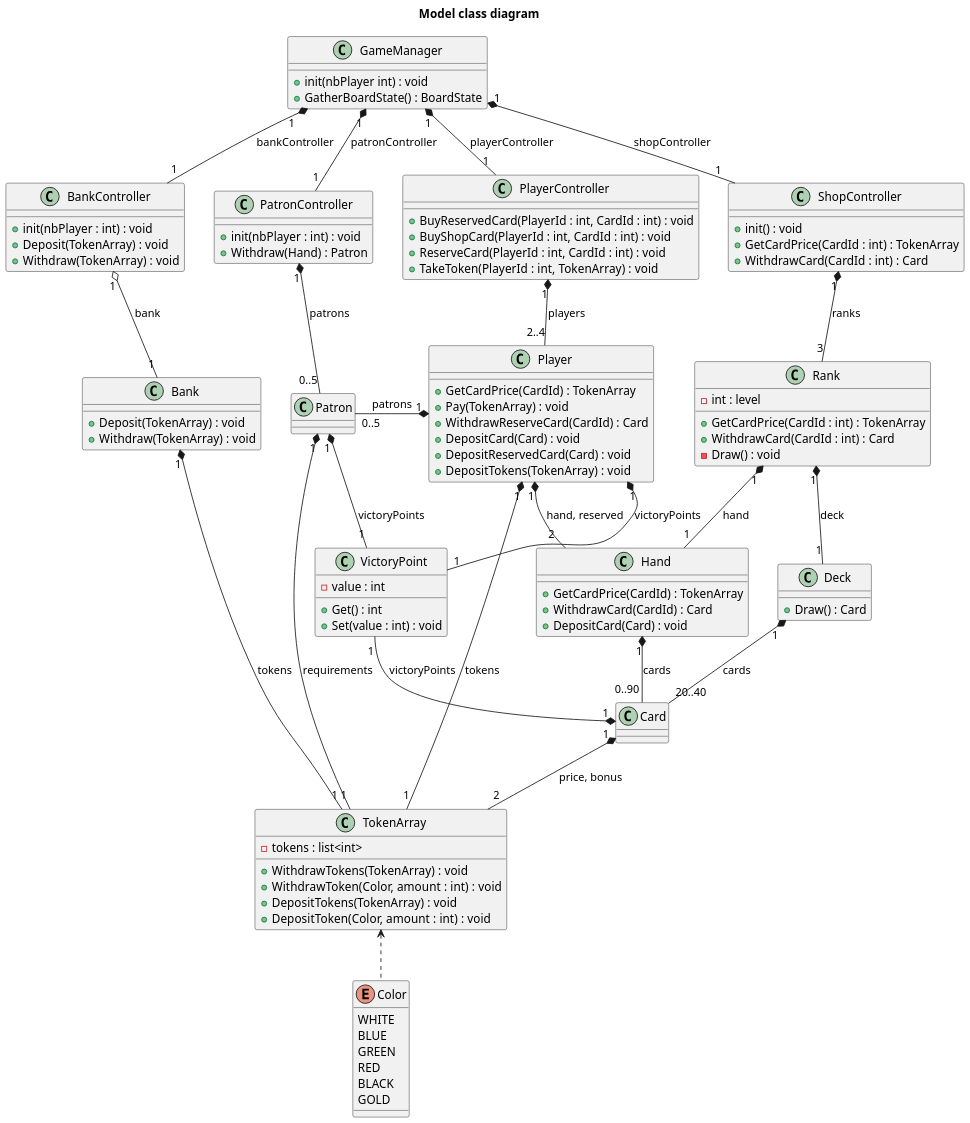
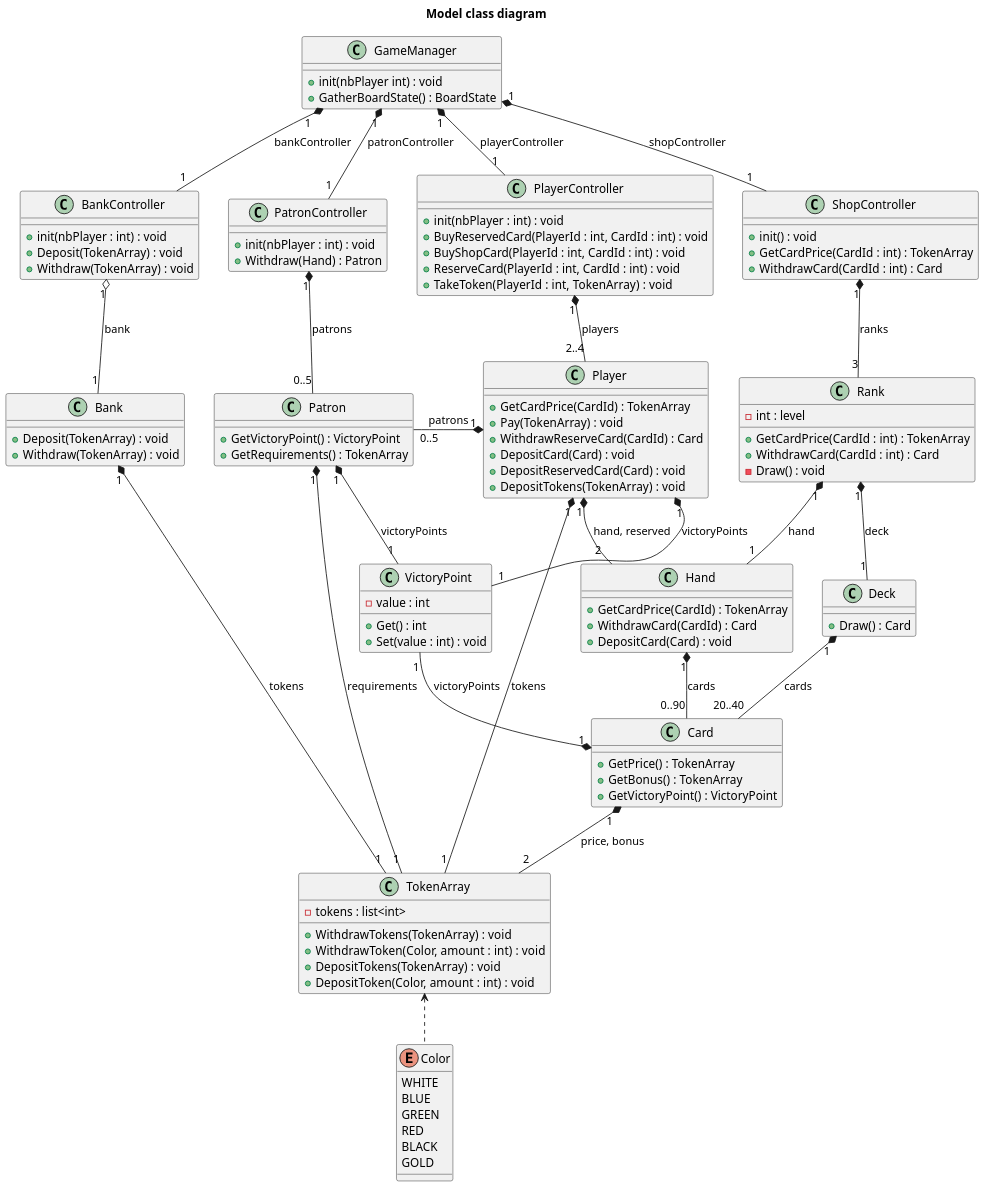
One commit to kalharko/splendia changed the diagram in Technical Specifications/ClassDiagram.puml. Above: the diagram before and after it, drawn with PlantUML.

Commit message:
:ambulance: missing method in class diagram

```diff
--- a/Technical Specifications/ClassDiagram.puml
+++ b/Technical Specifications/ClassDiagram.puml
@@ -1,138 +1,150 @@
 @startuml classDiagram
 title Model class diagram
 scale 1.5
 
 GameManager "1" *-- "1" BankController : bankController
 GameManager "1" *-- "1" PatronController : patronController
 GameManager "1" *-- "1" PlayerController : playerController
 GameManager "1" *-- "1" ShopController : shopController
 
 BankController "1" o-down- "1" Bank : bank
 Bank "1" *-- "1" TokenArray : tokens
 
 PatronController "1" *-- "0..5" Patron : patrons
 Patron "1" *-- "1" TokenArray : requirements
 
 PlayerController "1" *-- "2..4" Player : players
 Player "1" *-- "1" TokenArray : tokens
 Player "1" *-- "2" Hand : hand, reserved
 Player "1" *-- "0..5" Patron : patrons
 
 ShopController "1" *-- "3" Rank : ranks
 Rank "1" *-- "1" Hand : hand
 Rank "1" *-- "1" Deck : deck
 
 Deck "1" *-- "20..40" Card : cards
 Hand "1" *-- "0..90" Card : cards
 
 Card "1" *-- "2" TokenArray : price, bonus
 TokenArray <.. Color
 
 
 BankController .r[hidden]. PatronController
 PatronController .r[hidden]. PlayerController
 PlayerController .r[hidden]. ShopController
 
 Bank .r[hidden]. Patron
 Patron .r[hidden]. Player
 Player .r[hidden]. Rank
 
 VictoryPoint .r[hidden]. Hand
 VictoryPoint "1" -[norank]-* "1" Patron : victoryPoints
 VictoryPoint "1" -[norank]-* "1" Card : victoryPoints
 VictoryPoint "1" -[norank]-* "1" Player : victoryPoints
 
 
 
 
 class GameManager {
     +init(nbPlayer int) : void
     +GatherBoardState() : BoardState
 }
 
 
 class BankController {
     +init(nbPlayer : int) : void
     +Deposit(TokenArray) : void
     +Withdraw(TokenArray) : void
 }
 
 class PatronController {
     +init(nbPlayer : int) : void
     +Withdraw(Hand) : Patron
 }
 
 class PlayerController {
+    +init(nbPlayer : int) : void
     +BuyReservedCard(PlayerId : int, CardId : int) : void
     +BuyShopCard(PlayerId : int, CardId : int) : void
     +ReserveCard(PlayerId : int, CardId : int) : void
     +TakeToken(PlayerId : int, TokenArray) : void
 }
 
 class ShopController {
     +init() : void
     +GetCardPrice(CardId : int) : TokenArray
     +WithdrawCard(CardId : int) : Card
 }
 
 
 
 class Bank {
     +Deposit(TokenArray) : void
     +Withdraw(TokenArray) : void
 }
 
 
 
 class Player {
     +GetCardPrice(CardId) : TokenArray
     +Pay(TokenArray) : void
     +WithdrawReserveCard(CardId) : Card
     +DepositCard(Card) : void
     +DepositReservedCard(Card) : void
     +DepositTokens(TokenArray) : void
 }
 
 class Rank {
     -int : level
     +GetCardPrice(CardId : int) : TokenArray
     +WithdrawCard(CardId : int) : Card
     -Draw() : void
 }
 
 class Hand {
     +GetCardPrice(CardId) : TokenArray
     +WithdrawCard(CardId) : Card
     +DepositCard(Card) : void
 }
 
 class Deck {
     +Draw() : Card
 }
 
+class Card {
+    +GetPrice() : TokenArray
+    +GetBonus() : TokenArray
+    +GetVictoryPoint() : VictoryPoint
+}
+
 
 class VictoryPoint {
     -value : int
     +Get() : int
     +Set(value : int) : void
+}
+
+class Patron {
+    +GetVictoryPoint() : VictoryPoint
+    +GetRequirements() : TokenArray
 }
 
 class TokenArray {
     -tokens : list<int>
     +WithdrawTokens(TokenArray) : void
     +WithdrawToken(Color, amount : int) : void
     +DepositTokens(TokenArray) : void
     +DepositToken(Color, amount : int) : void
 }
 
 
 enum Color {
     WHITE
     BLUE
     GREEN
     RED
     BLACK
     GOLD
 }
 
 @enduml
```
